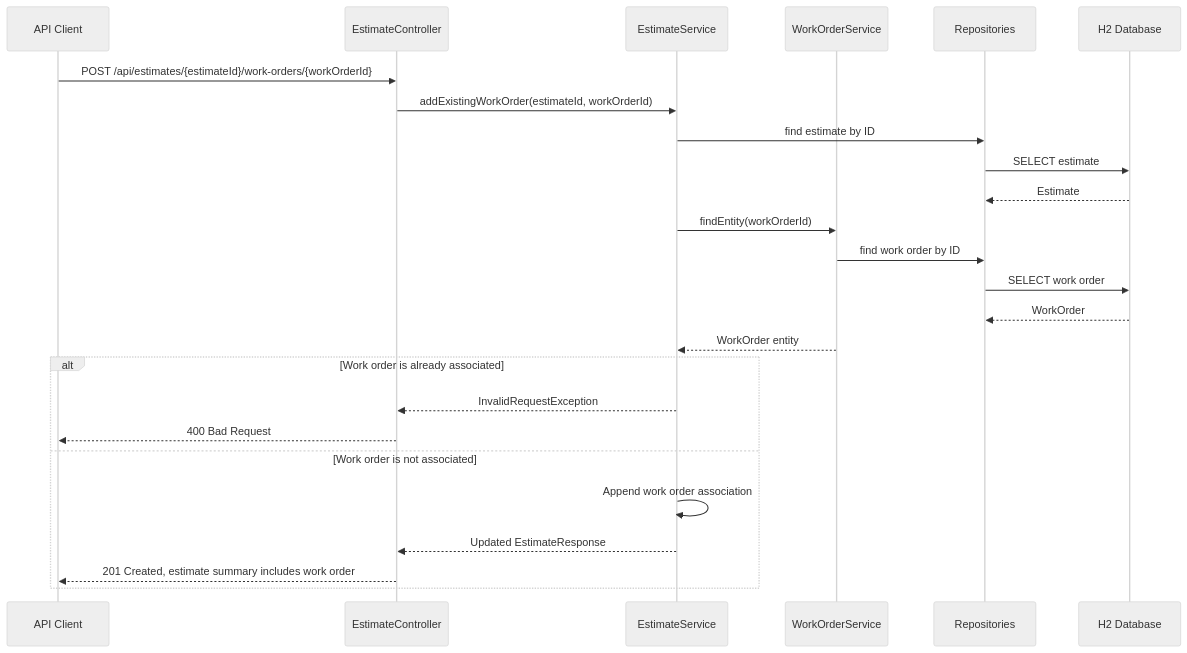
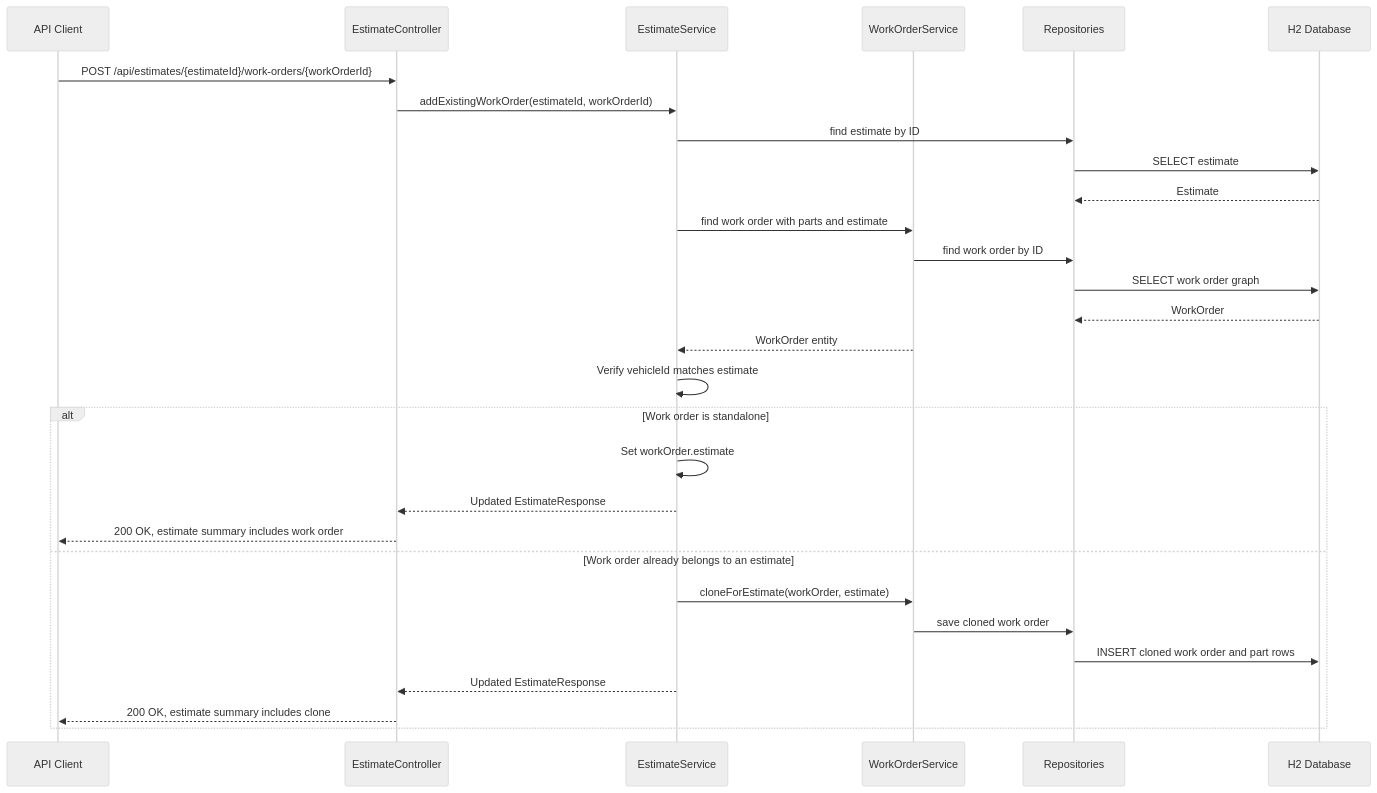
Before and after one commit to Tekmetric/interview: the fourth of 4 diagrams in backend/README.md, drawn with Mermaid (neutral theme). The commit also changed other lines of this file and 17 other files, not shown here.

````diff
--- a/backend/README.md
+++ b/backend/README.md
@@ -235,28 +201,32 @@
 ```mermaid
 sequenceDiagram
     participant Client as API Client
     participant Controller as EstimateController
     participant EstimateService as EstimateService
     participant WorkOrderService as WorkOrderService
     participant Repositories as Repositories
     participant Database as H2 Database
 
     Client->>Controller: POST /api/estimates/{estimateId}/work-orders/{workOrderId}
     Controller->>EstimateService: addExistingWorkOrder(estimateId, workOrderId)
     EstimateService->>Repositories: find estimate by ID
     Repositories->>Database: SELECT estimate
     Database-->>Repositories: Estimate
-    EstimateService->>WorkOrderService: findEntity(workOrderId)
+    EstimateService->>WorkOrderService: find work order with parts and estimate
     WorkOrderService->>Repositories: find work order by ID
-    Repositories->>Database: SELECT work order
+    Repositories->>Database: SELECT work order graph
     Database-->>Repositories: WorkOrder
     WorkOrderService-->>EstimateService: WorkOrder entity
-    alt Work order is already associated
-        EstimateService-->>Controller: InvalidRequestException
-        Controller-->>Client: 400 Bad Request
-    else Work order is not associated
-        EstimateService->>EstimateService: Append work order association
+    EstimateService->>EstimateService: Verify vehicleId matches estimate
+    alt Work order is standalone
+        EstimateService->>EstimateService: Set workOrder.estimate
         EstimateService-->>Controller: Updated EstimateResponse
-        Controller-->>Client: 201 Created, estimate summary includes work order
+        Controller-->>Client: 200 OK, estimate summary includes work order
+    else Work order already belongs to an estimate
+        EstimateService->>WorkOrderService: cloneForEstimate(workOrder, estimate)
+        WorkOrderService->>Repositories: save cloned work order
+        Repositories->>Database: INSERT cloned work order and part rows
+        EstimateService-->>Controller: Updated EstimateResponse
+        Controller-->>Client: 200 OK, estimate summary includes clone
     end
 ```
````
